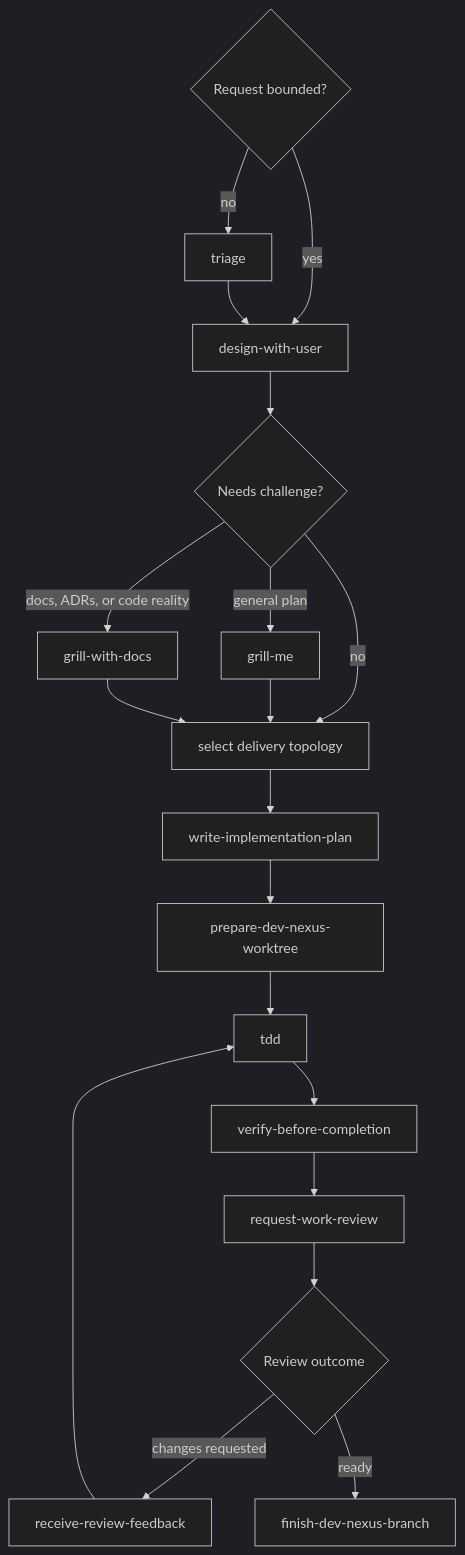
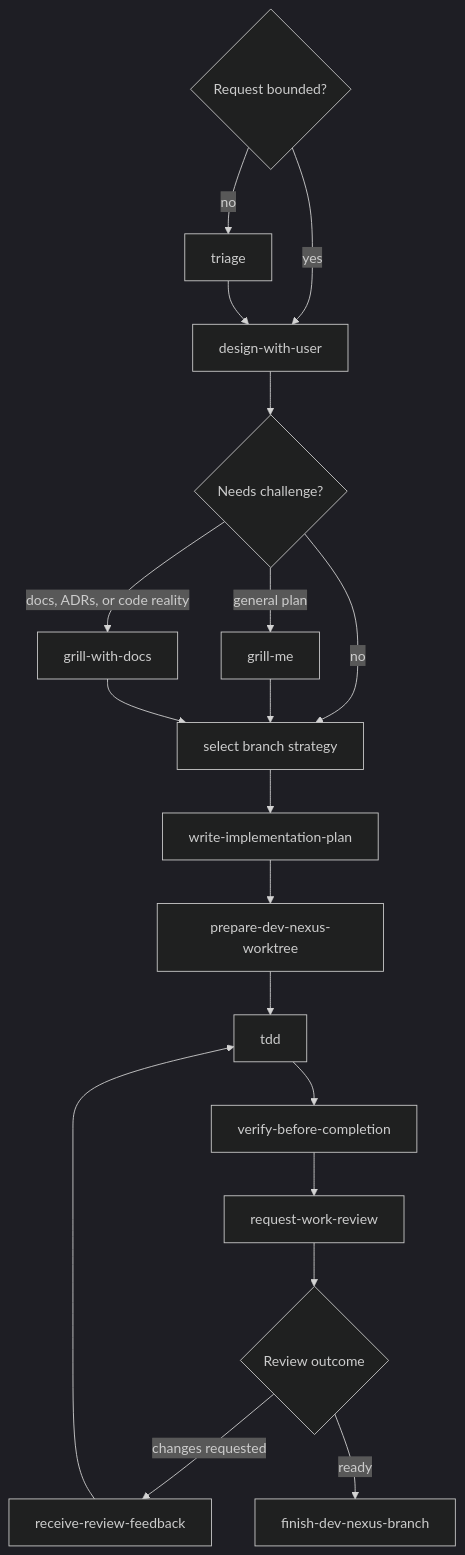
The fifth of 9 diagrams in docs/user/skill-chains.md (Evref-BL/DevNexus), drawn with Mermaid (dark theme) before and after one commit. The commit also changed other lines of this file and 16 other files, not shown here.

````diff
--- a/docs/user/skill-chains.md
+++ b/docs/user/skill-chains.md
@@ -109,22 +110,22 @@
 ```mermaid
 flowchart TD
   A{"Request bounded?"}
   A -->|"no"| B["triage"]
   A -->|"yes"| C["design-with-user"]
   B --> C
   C --> D{"Needs challenge?"}
   D -->|"general plan"| E["grill-me"]
   D -->|"docs, ADRs, or code reality"| F["grill-with-docs"]
-  D -->|"no"| T["select delivery topology"]
+  D -->|"no"| T["select branch strategy"]
   E --> T
   F --> T
   T --> G["write-implementation-plan"]
   G --> H["prepare-dev-nexus-worktree"]
   H --> I["tdd"]
   I --> J["verify-before-completion"]
   J --> K["request-work-review"]
   K --> L{"Review outcome"}
   L -->|"changes requested"| M["receive-review-feedback"]
   M --> I
   L -->|"ready"| N["finish-dev-nexus-branch"]
 ```
````
